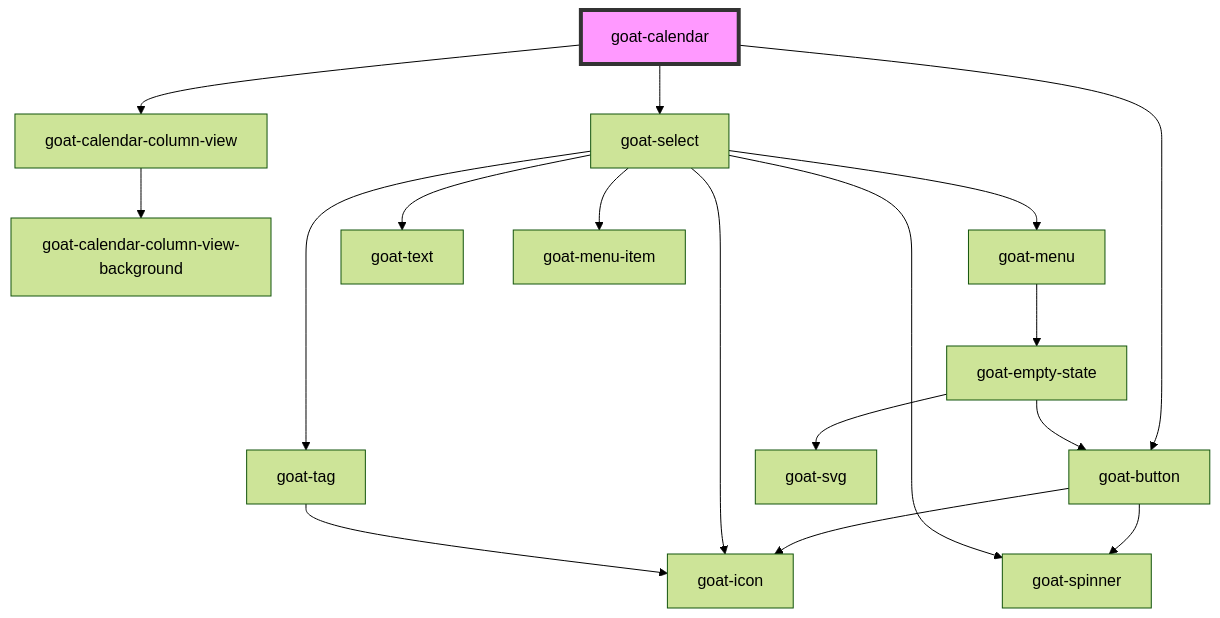
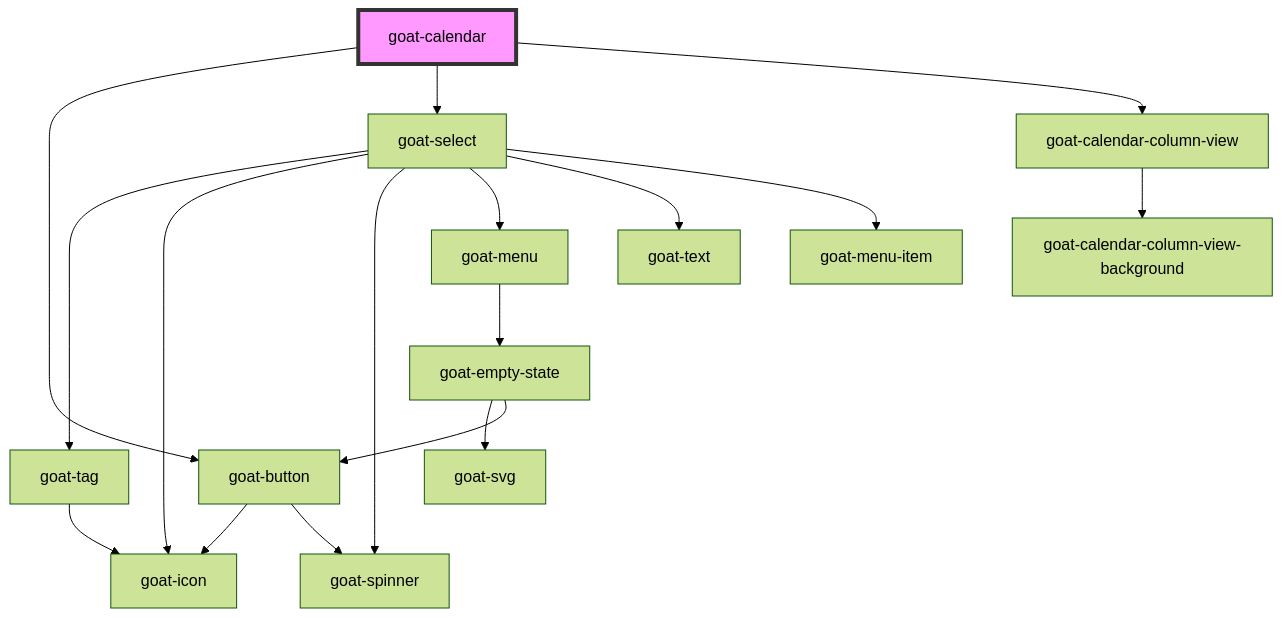
Before and after one commit to goatui/components: the diagram in src/components/calendar/calendar/readme.md, drawn with Mermaid (forest theme). The commit also changed other lines of this file and 13 other files, not shown here.

````diff
--- a/src/components/calendar/calendar/readme.md
+++ b/src/components/calendar/calendar/readme.md
@@ -29,20 +37,20 @@
 ```mermaid
 graph TD;
-  goat-calendar --> goat-calendar-column-view
   goat-calendar --> goat-button
   goat-calendar --> goat-select
-  goat-calendar-column-view --> goat-calendar-column-view-background
+  goat-calendar --> goat-calendar-column-view
   goat-button --> goat-icon
   goat-button --> goat-spinner
   goat-select --> goat-tag
   goat-select --> goat-icon
   goat-select --> goat-spinner
   goat-select --> goat-menu
   goat-select --> goat-text
   goat-select --> goat-menu-item
   goat-tag --> goat-icon
   goat-menu --> goat-empty-state
   goat-empty-state --> goat-svg
   goat-empty-state --> goat-button
+  goat-calendar-column-view --> goat-calendar-column-view-background
   style goat-calendar fill:#f9f,stroke:#333,stroke-width:4px
 ```
````
